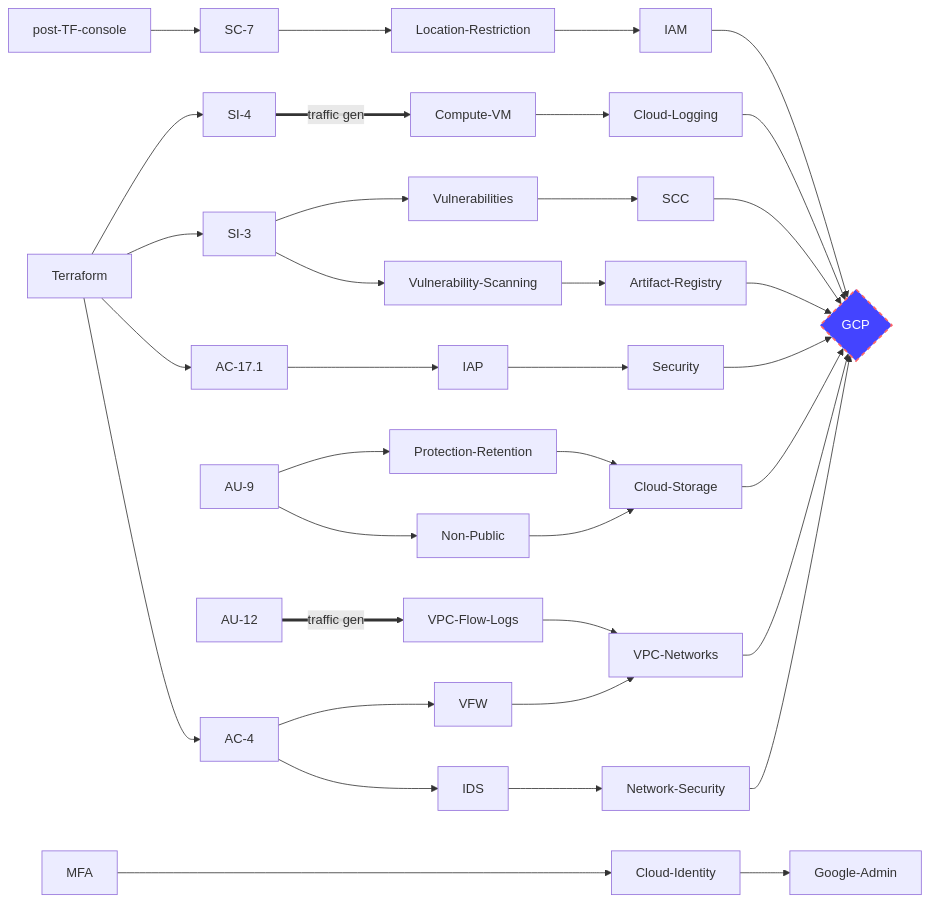
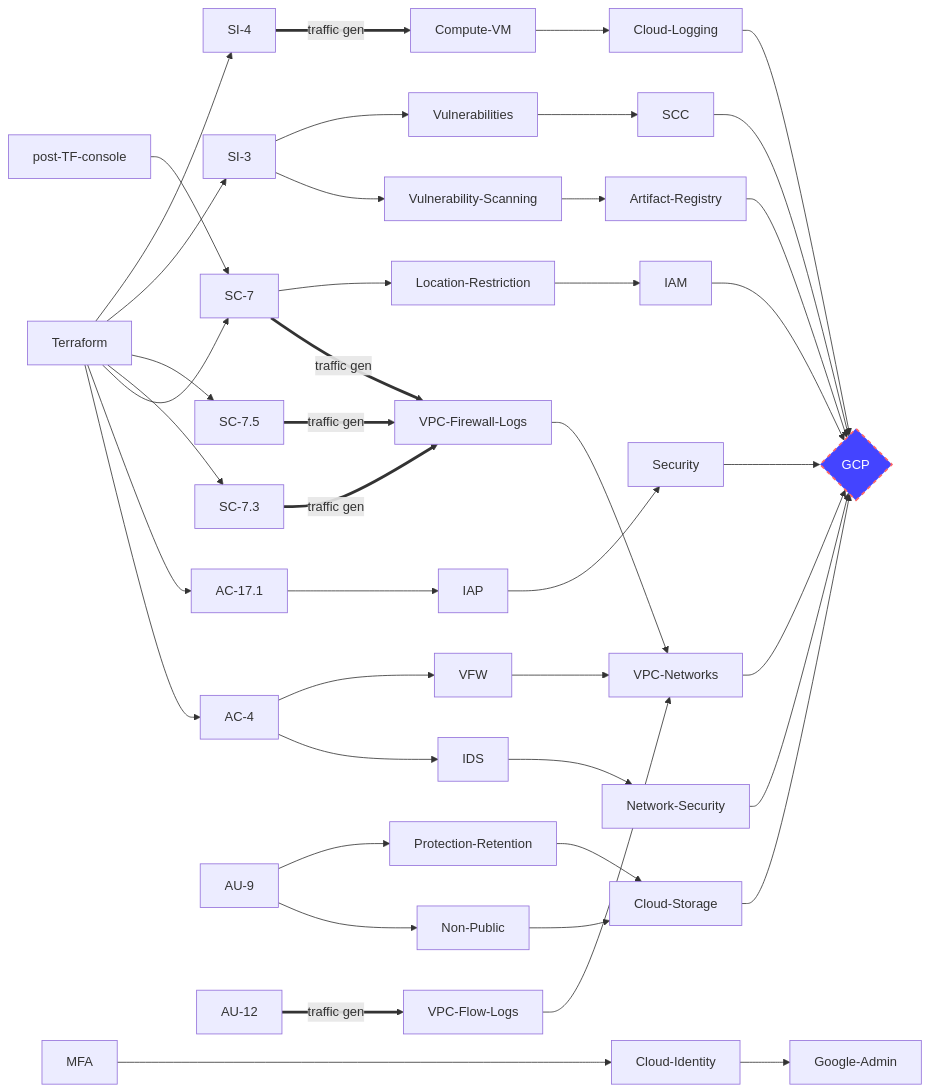
Before and after one commit to GoogleCloudPlatform/pbmm-on-gcp-onboarding: the first of 2 diagrams in docs/google-cloud-security-controls.md, drawn with Mermaid. The commit also changed other lines of this file, not shown here.

Commit message:
#2 - VFW logs (not vpc flow logs) - SC-7/7.3

````diff
--- a/docs/google-cloud-security-controls.md
+++ b/docs/google-cloud-security-controls.md
@@ -5,43 +5,53 @@
 ```mermaid
 graph LR;
     style GCP fill:#44f,stroke:#f66,stroke-width:2px,color:#fff,stroke-dasharray: 5 5
     Terraform-->AC-4;
     Terraform-->AC-17.1;
+    Terraform-->SC-7;
+    Terraform-->SC-7.3;    
+    Terraform-->SC-7.5;
     Terraform-->SI-3;
     Terraform-->SI-4;
+
     
     AC-4-->IDS;
     AC-4-->VFW;
     AC-17.1-->IAP;
     AU-9-->Non-Public-->Cloud-Storage;
     AU-9-->Protection-Retention-->Cloud-Storage;
     AU-12== traffic gen ==>VPC-Flow-Logs;
+    SC-7== traffic gen ==>VPC-Firewall-Logs;
+    SC-7.3== traffic gen ==>VPC-Firewall-Logs;
+    SC-7.5== traffic gen ==>VPC-Firewall-Logs;
+    
     SI-3-->Vulnerability-Scanning-->Artifact-Registry-->GCP;
     SI-3-->Vulnerabilities;
     SI-4== traffic gen ==>Compute-VM;
+    
     post-TF-console-->SC-7-->Location-Restriction;
     
     
     IAP-->Security;
 
     Vulnerabilities-->SCC;
     
     IDS-->Network-Security;
     Compute-VM-->Cloud-Logging;
     Cloud-Logging-->GCP;
     Cloud-Storage-->GCP;
     IAM-->GCP;
     Location-Restriction-->IAM;
     Network-Security-->GCP;
     SCC-->GCP;
     Security-->GCP;
     MFA---->Cloud-Identity;
     Cloud-Identity-->Google-Admin;
     VFW-->VPC-Networks;
     VPC-Flow-Logs-->VPC-Networks;
+    VPC-Firewall-Logs-->VPC-Networks;
     VPC-Networks-->GCP{GCP};
     
 
     
     
 ```
````
